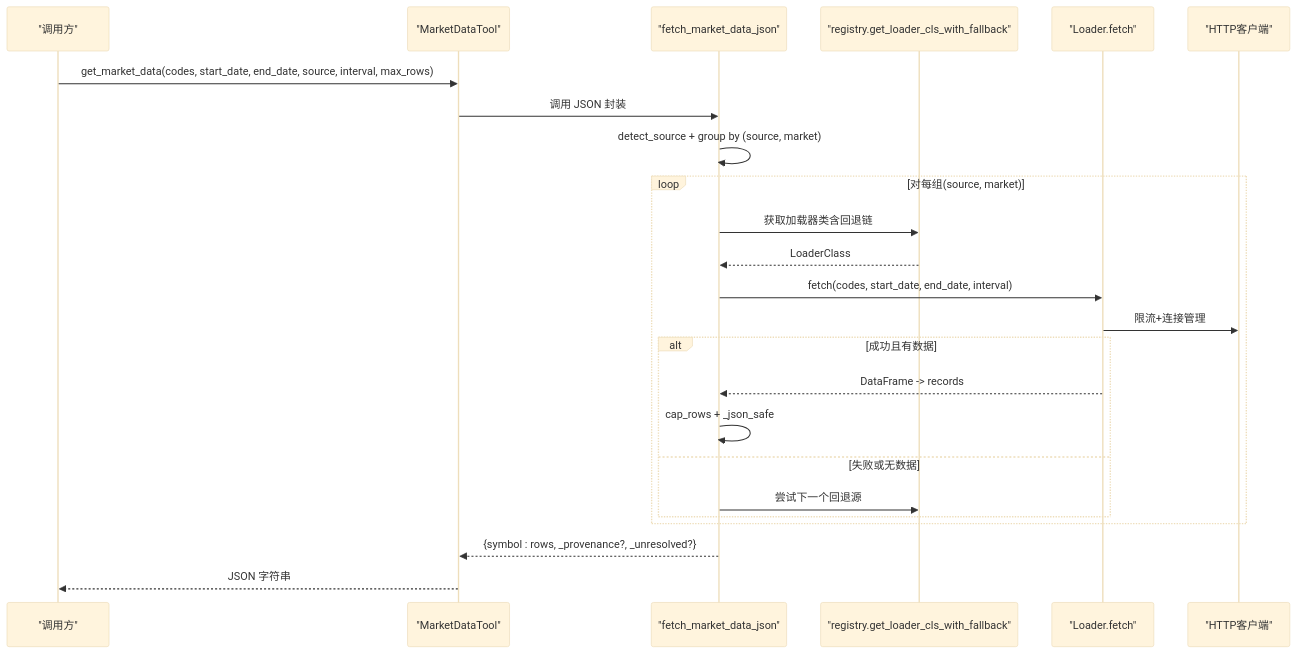
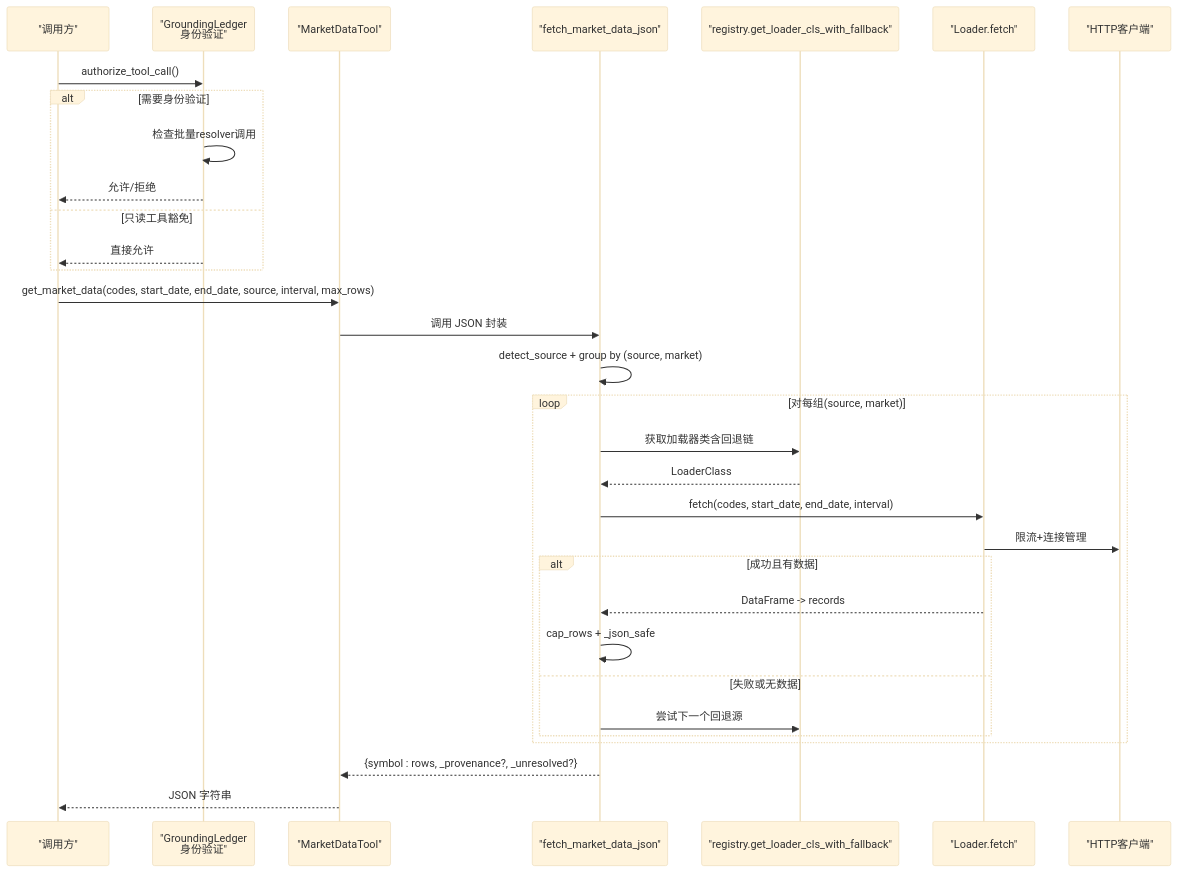
Before and after one commit to 20012002er/Vibe-Trading: the second of 9 diagrams in .qoder/repowiki/zh/content/AI代理系统/工具系统/内置工具库/市场数据工具.md, drawn with Mermaid (base theme). The commit also changed other lines of this file and 6 other files, not shown here.

````diff
--- a/.qoder/repowiki/zh/content/AI代理系统/工具系统/内置工具库/市场数据工具.md
+++ b/.qoder/repowiki/zh/content/AI代理系统/工具系统/内置工具库/市场数据工具.md
@@ -132,26 +145,34 @@
 ```mermaid
 sequenceDiagram
 participant U as "调用方"
+participant G as "GroundingLedger<br/>身份验证"
 participant T as "MarketDataTool"
 participant H as "fetch_market_data_json"
 participant R as "registry.get_loader_cls_with_fallback"
 participant L as "Loader.fetch"
 participant HTTP as "HTTP客户端"
+U->>G : authorize_tool_call()
+alt 需要身份验证
+G->>G : 检查批量resolver调用
+G-->>U : 允许/拒绝
+else 只读工具豁免
+G-->>U : 直接允许
+end
 U->>T : get_market_data(codes, start_date, end_date, source, interval, max_rows)
 T->>H : 调用 JSON 封装
 H->>H : detect_source + group by (source, market)
 loop 对每组(source, market)
 H->>R : 获取加载器类含回退链
 R-->>H : LoaderClass
 H->>L : fetch(codes, start_date, end_date, interval)
 L->>HTTP : 限流+连接管理
 alt 成功且有数据
 L-->>H : DataFrame -> records
 H->>H : cap_rows + _json_safe
 else 失败或无数据
 H->>R : 尝试下一个回退源
 end
 end
 H-->>T : {symbol : rows, _provenance?, _unresolved?}
 T-->>U : JSON 字符串
 ```
````
